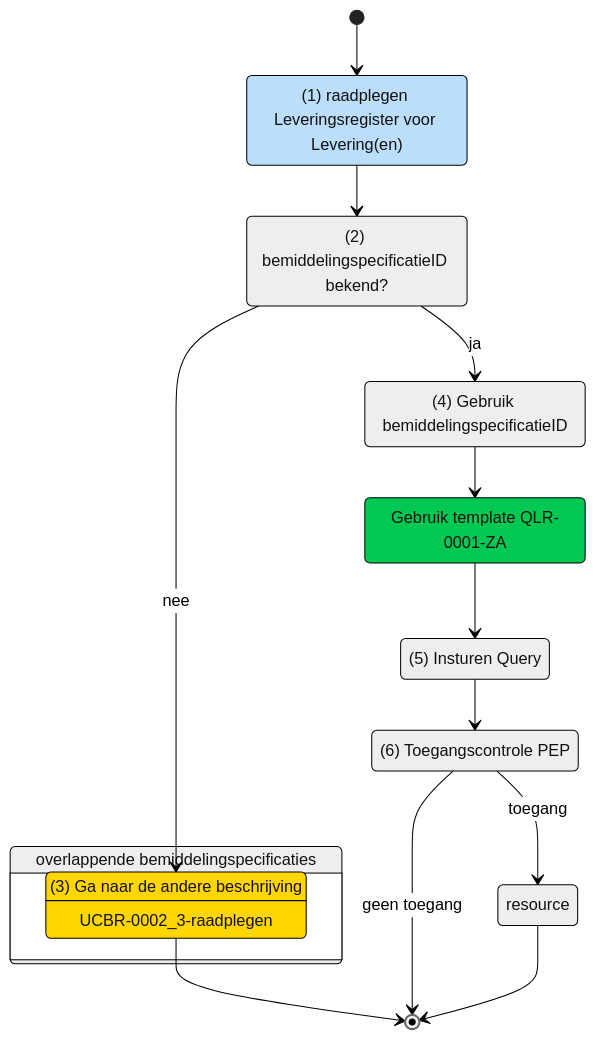
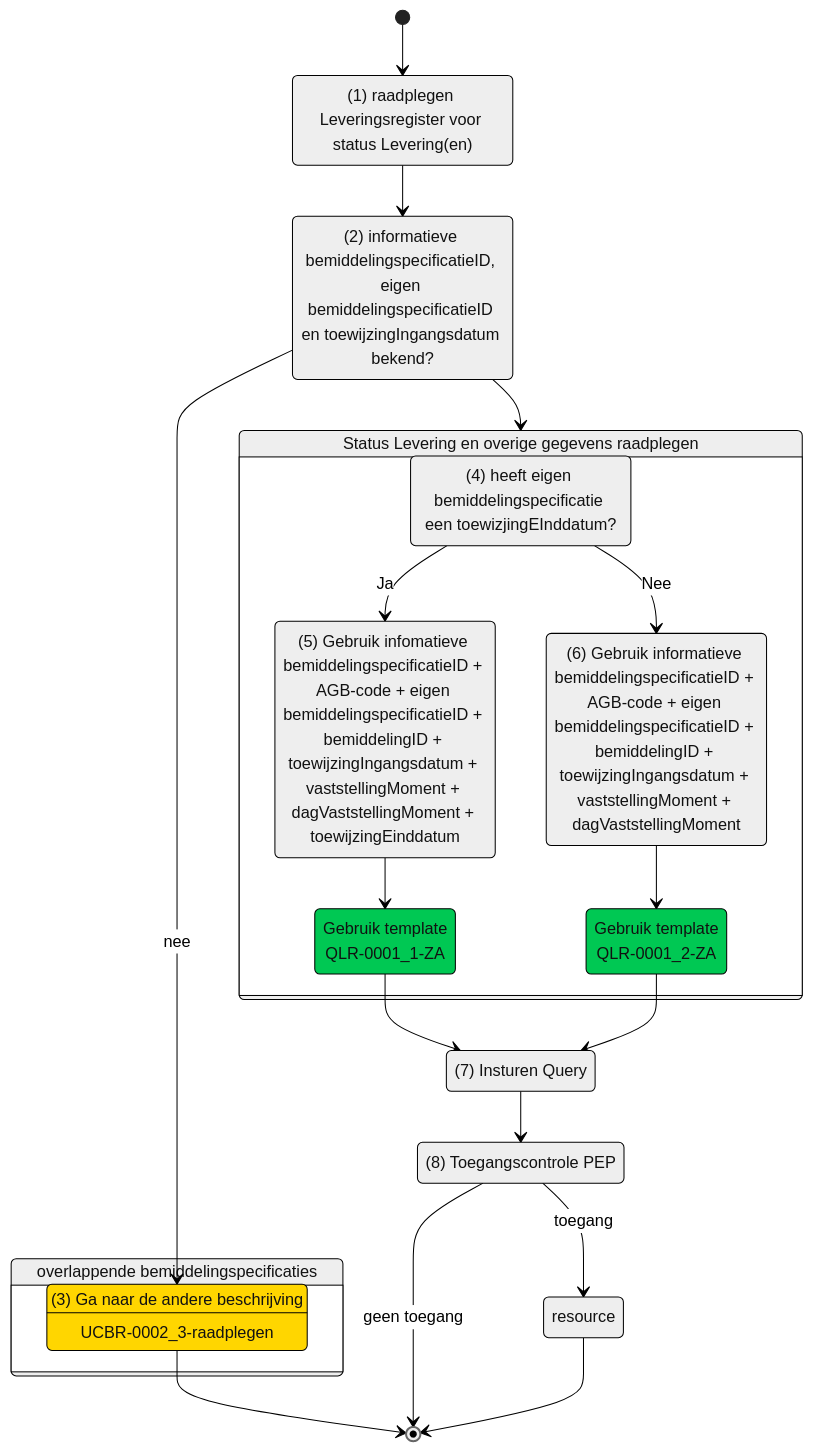
Before and after one commit to iStandaarden/iWlz-levering: the second of 2 diagrams in raadplegen/aanbieder/UCLR-0001-raadplegen.md, drawn with Mermaid. The commit also changed other lines of this file and 1 other file, not shown here.

Commit message:
UCLR-0001-ZA aangepast

````diff
--- a/raadplegen/aanbieder/UCLR-0001-raadplegen.md
+++ b/raadplegen/aanbieder/UCLR-0001-raadplegen.md
@@ -52,42 +55,52 @@
 ```mermaid
 ---
 config:
   theme: neutral
   look: classic
 ---
 stateDiagram
-  [*] --> raadplegen
-  state idAvailable <<choice>>
-  raadplegen --> idAvailable 
-  idAvailable --> notifyWait: nee
+  direction TB
   state bemiddelingspecificatie {
+    direction TB
     notifyWait
   }
+  state s3 {
+    direction TB
+    s6 --> raadplegen1:Ja
+    s6 --> s4:Nee
+    raadplegen1 --> query
+    s4 --> s7
+    s6
+    raadplegen1
+    s4
+    query
+    s7
+  }
+  [*] --> raadplegen
+  raadplegen --> idAvailable
+  idAvailable --> notifyWait:nee
   notifyWait --> [*]
-  
-  idAvailable --> raadplegen1: ja
-  raadplegen1 --> query
   query --> SENT
   SENT --> PEP
-  PEP --> [*]: geen toegang
-  PEP --> resource: toegang
+  PEP --> [*]:geen toegang
+  PEP --> resource:toegang
   resource --> [*]
+  idAvailable --> s3
+  s7 --> SENT
+  bemiddelingspecificatie:overlappende bemiddelingspecificaties
+  notifyWait:(3) Ga naar de andere beschrijving
+notifyWait:UCBR-0002_3-raadplegen
 
-  raadplegen: (1) raadplegen Leveringsregister voor Levering(en)
-  idAvailable: (2) bemiddelingspecificatieID bekend?
-  notifyWait: (3) Ga naar de andere beschrijving
-  notifyWait: UCBR-0002_3-raadplegen  
-  bemiddelingspecificatie: overlappende bemiddelingspecificaties
-  raadplegen1: (4) Gebruik bemiddelingspecificatieID
-  query: Gebruik template QLR-0001-ZA
-  SENT: (5) Insturen Query
-  PEP: (6) Toegangscontrole PEP
-
-
- 
-
+  s3:Status Levering en overige gegevens raadplegen
+  s6:(4) heeft eigen bemiddelingspecificatie een toewizjingEInddatum?
+  raadplegen1:(5) Gebruik infomatieve bemiddelingspecificatieID + AGB-code + eigen bemiddelingspecificatieID + bemiddelingID + toewijzingIngangsdatum + vaststellingMoment + dagVaststellingMoment + toewijzingEinddatum
+  s4:(6) Gebruik informatieve bemiddelingspecificatieID + AGB-code + eigen bemiddelingspecificatieID + bemiddelingID + toewijzingIngangsdatum + vaststellingMoment + dagVaststellingMoment
+  query:Gebruik template <br>QLR-0001_1-ZA
+  s7:Gebruik template <br>QLR-0001_2-ZA
+  raadplegen:(1) raadplegen Leveringsregister voor status Levering(en)
+  idAvailable:(2) informatieve bemiddelingspecificatieID, eigen bemiddelingspecificatieID en toewijzingIngangsdatum bekend?
+  SENT:(7) Insturen Query
+  PEP:(8) Toegangscontrole PEP
   style notifyWait fill:#FFD600
-  style raadplegen fill:#BBDEFB,color:none
-  style notifyReceive,haalData,inputQuery fill:#C8E6C9
-  style query, fill:#00C853
+  style query,s7 fill:#00C853
 ```
````
